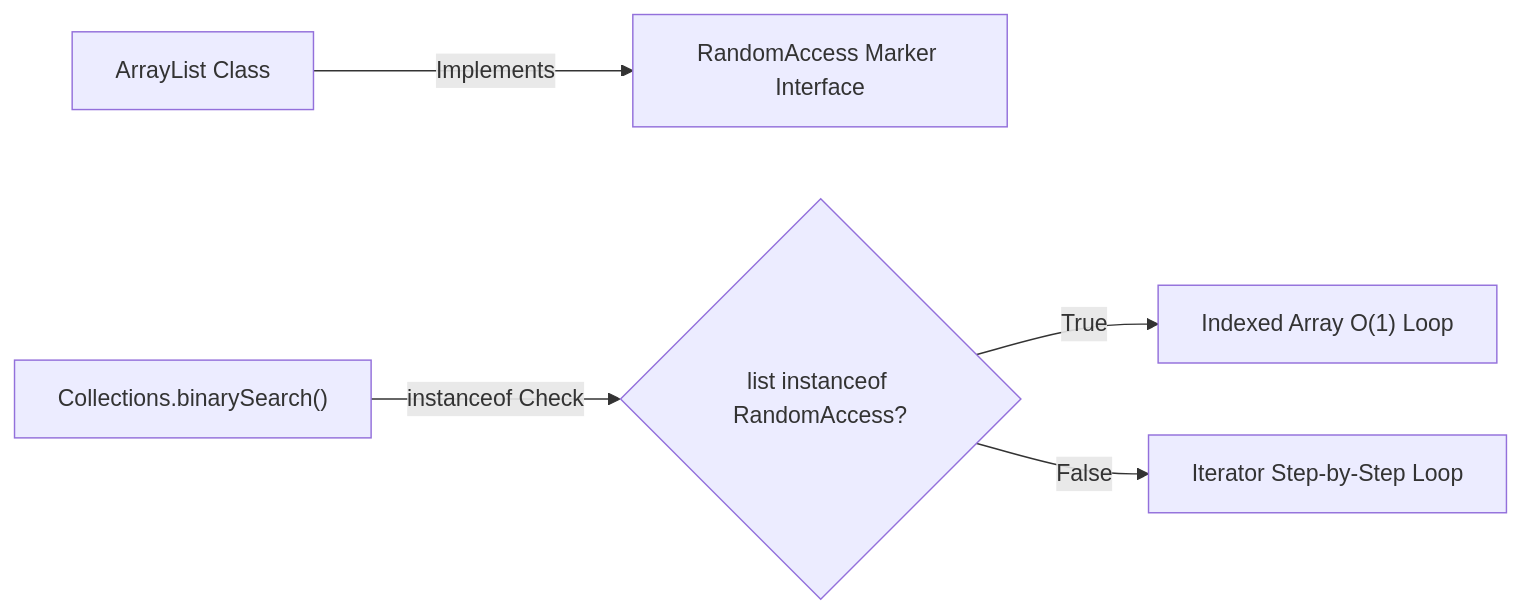
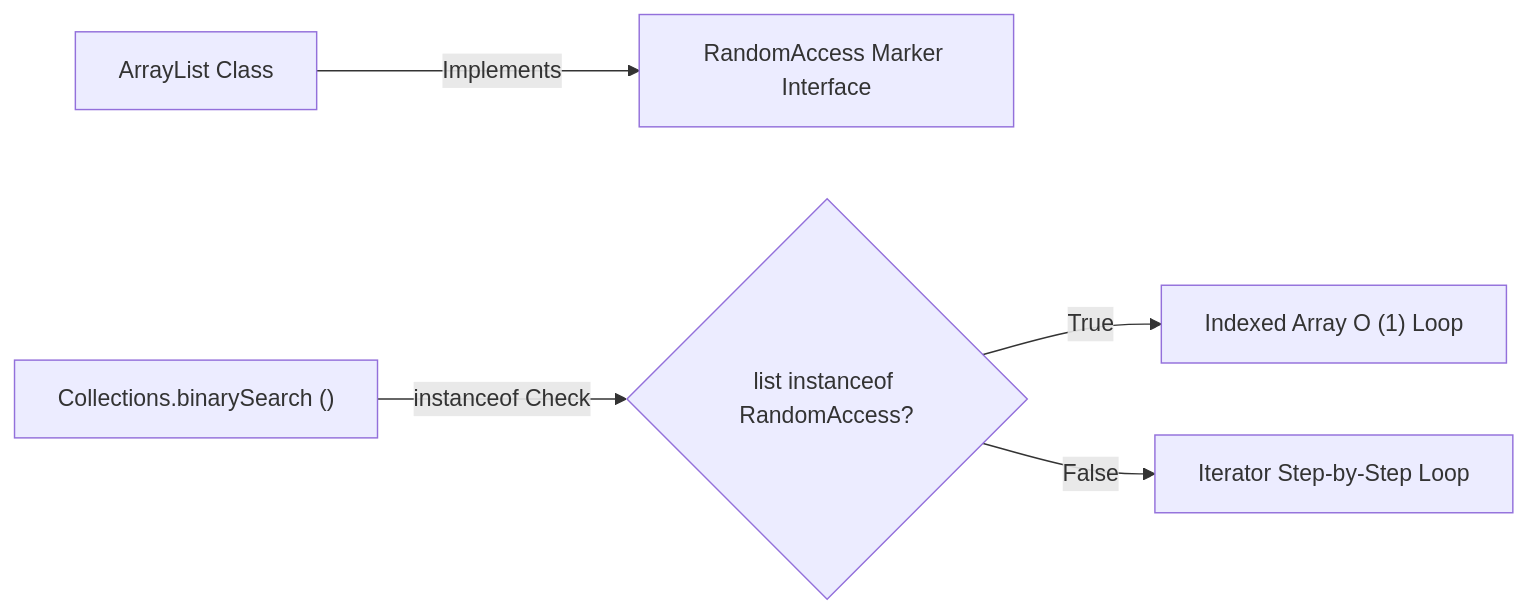
One commit to pploc/swe-icon-the-moment changed the diagram in content/questions/language/java/java-marker-interfaces.md. Above: the diagram before and after it, drawn with Mermaid. The commit also changed 95 other files, not shown here.

Commit message:
fix: update the practice mode diagram bug not display

````diff
--- a/content/questions/language/java/java-marker-interfaces.md
+++ b/content/questions/language/java/java-marker-interfaces.md
@@ -29,10 +29,11 @@
 ```mermaid
 flowchart LR
     Class["ArrayList Class"] -->|Implements| Marker["RandomAccess Marker Interface"]
-    JVM["Collections.binarySearch()"] -->|instanceof Check| Check{"list instanceof RandomAccess?"}
-    Check -->|True| Fast["Indexed Array O(1) Loop"]
+    JVM["Collections.binarySearch ()"] -->|instanceof Check| Check{"list instanceof RandomAccess?"}
+    Check -->|True| Fast["Indexed Array O (1) Loop"]
     Check -->|False| Slow["Iterator Step-by-Step Loop"]
 
 
 
+
 ```
````
